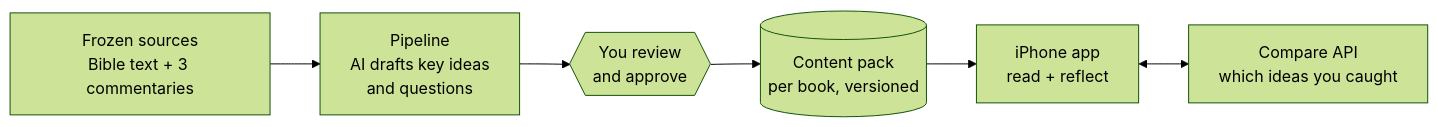
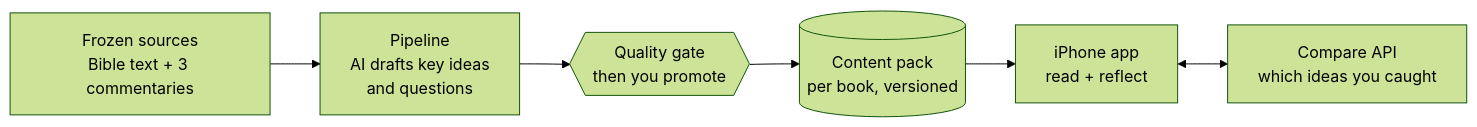
Before and after one commit to austin-english/thinkBible: the first of 3 diagrams in docs/content-flow.md, drawn with Mermaid (forest theme). The commit also changed other lines of this file and 17 other files, not shown here.

````diff
--- a/docs/content-flow.md
+++ b/docs/content-flow.md
@@ -10,12 +10,12 @@
 ```mermaid
 flowchart LR
     SRC["Frozen sources<br/>Bible text + 3 commentaries"]
     PIPE["Pipeline<br/>AI drafts key ideas<br/>and questions"]
-    REV{{"You review<br/>and approve"}}
+    REV{{"Quality gate<br/>then you promote"}}
     PACK[("Content pack<br/>per book, versioned")]
     APP["iPhone app<br/>read + reflect"]
     API["Compare API<br/>which ideas you caught"]
 
     SRC --> PIPE --> REV --> PACK --> APP
     APP <--> API
 ```
````
